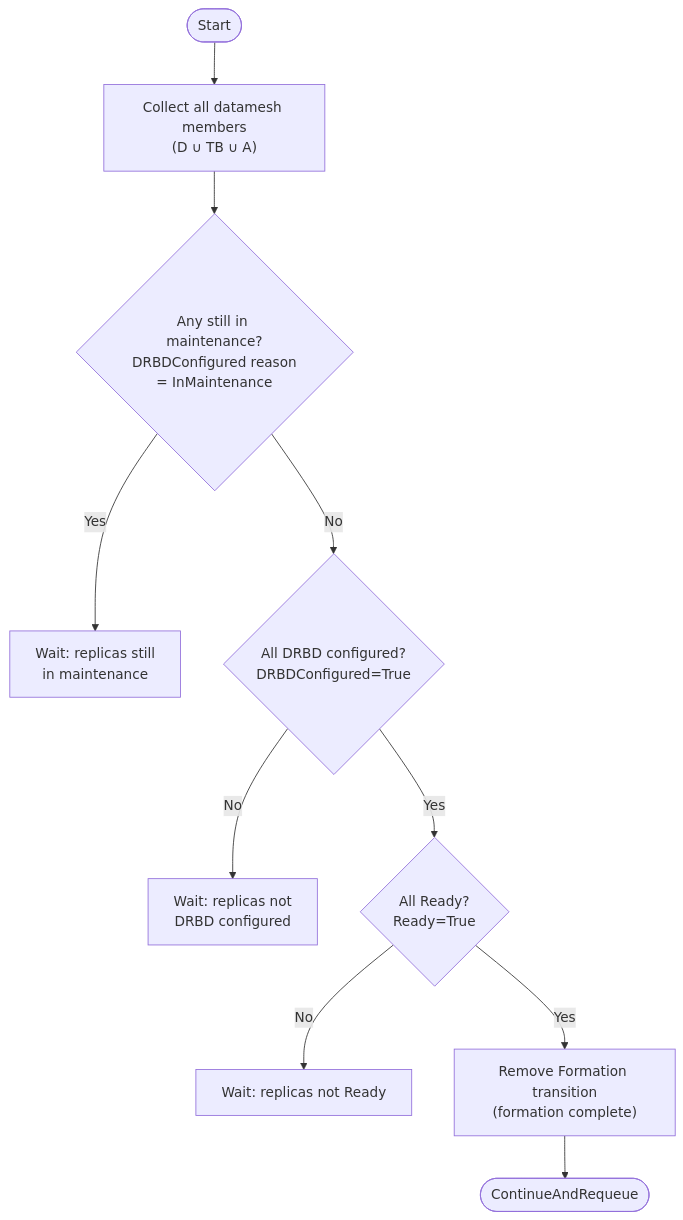
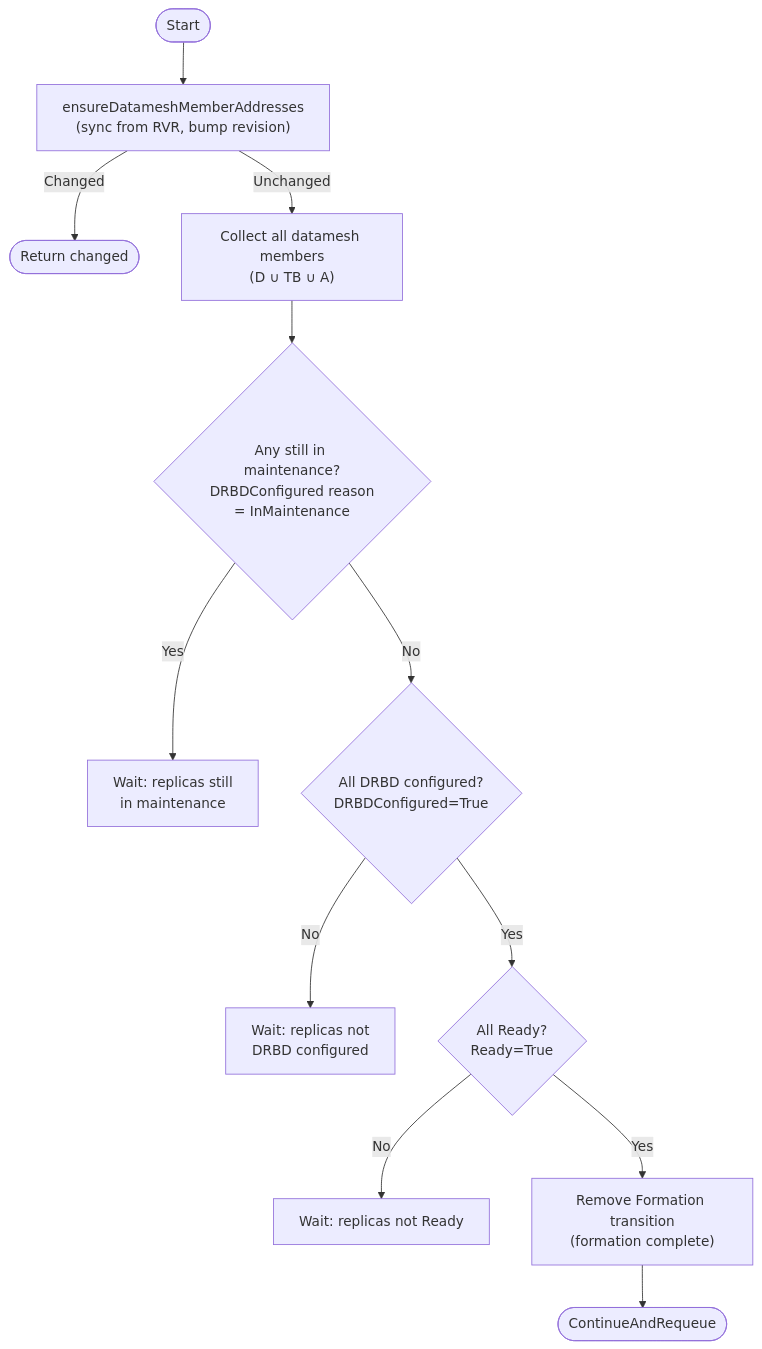
One commit to deckhouse/sds-replicated-volume changed the tenth of 12 diagrams in images/controller/internal/controllers/rv_controller/README.md. Above: the diagram before and after it, drawn with Mermaid. The commit also changed other lines of this file and 3 other files, not shown here.

First line of the commit message:
[rv-controller] Sync datamesh member addresses from RVR during adopt formation

````diff
--- a/images/controller/internal/controllers/rv_controller/README.md
+++ b/images/controller/internal/controllers/rv_controller/README.md
@@ -854,16 +858,18 @@
 ```mermaid
 flowchart TD
-    Start([Start]) --> CollectAll["Collect all datamesh members<br/>(D ∪ TB ∪ A)"]
+    Start([Start]) --> SyncAddr["ensureDatameshMemberAddresses<br/>(sync from RVR, bump revision)"]
+    SyncAddr -->|Changed| ReturnChanged([Return changed])
+    SyncAddr -->|Unchanged| CollectAll["Collect all datamesh members<br/>(D ∪ TB ∪ A)"]
 
     CollectAll --> CheckMaintenance{"Any still in maintenance?<br/>DRBDConfigured reason<br/>= InMaintenance"}
     CheckMaintenance -->|Yes| WaitMaint["Wait: replicas still<br/>in maintenance"]
 
     CheckMaintenance -->|No| CheckConfigured{"All DRBD configured?<br/>DRBDConfigured=True"}
     CheckConfigured -->|No| WaitConfigured["Wait: replicas not<br/>DRBD configured"]
 
     CheckConfigured -->|Yes| CheckReady{"All Ready?<br/>Ready=True"}
     CheckReady -->|No| WaitReady["Wait: replicas not Ready"]
 
     CheckReady -->|Yes| Complete["Remove Formation transition<br/>(formation complete)"]
     Complete --> End([ContinueAndRequeue])
 ```
````
